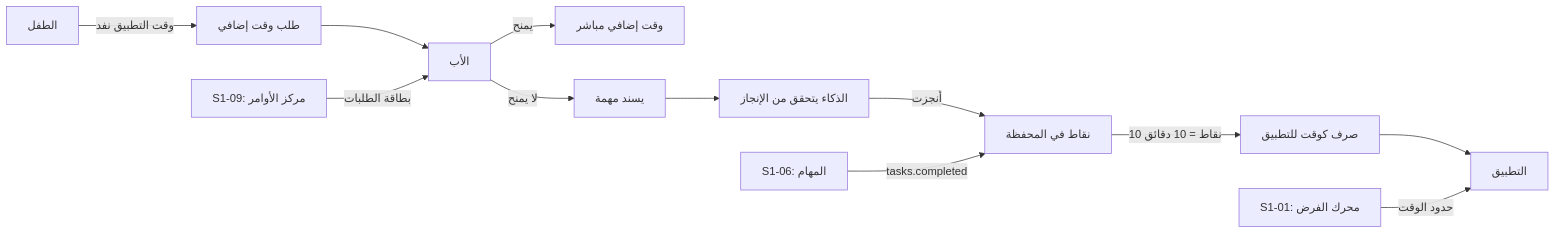
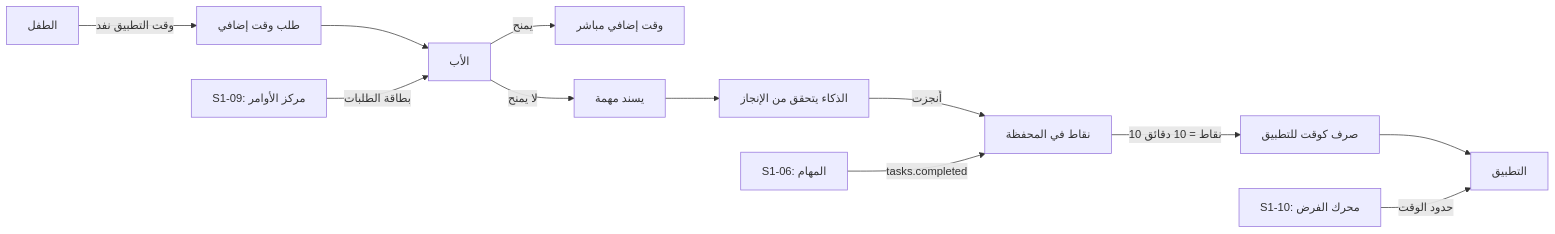
The first of 3 diagrams in docs/family-os/governance/phases/phase-1/S1-05-rewards-children/SPEC.md (Bassam-mohammed-alqaeadi/family-os-v2), drawn with Mermaid before and after one commit. The commit also changed other lines of this file and 34 other files, not shown here.

````diff
--- a/docs/family-os/governance/phases/phase-1/S1-05-rewards-children/SPEC.md
+++ b/docs/family-os/governance/phases/phase-1/S1-05-rewards-children/SPEC.md
@@ -46,14 +49,14 @@
 ```mermaid
 flowchart LR
     Child[الطفل] -->|وقت التطبيق نفد| Request[طلب وقت إضافي]
     Request --> Father[الأب]
     Father -->|يمنح| Grant[وقت إضافي مباشر]
     Father -->|لا يمنح| Task[يسند مهمة]
     Task --> AI[الذكاء يتحقق من الإنجاز]
     AI -->|أُنجزت| Wallet[نقاط في المحفظة]
     Wallet -->|10 نقاط = 10 دقائق| Spend[صرف كوقت للتطبيق]
     Spend --> App[التطبيق]
     S106[S1-06: المهام] -->|tasks.completed| Wallet
-    S101[S1-01: محرك الفرض] -->|حدود الوقت| App
+    S110[S1-10: محرك الفرض] -->|حدود الوقت| App
     S109[S1-09: مركز الأوامر] -->|بطاقة الطلبات| Father
 ```
````
